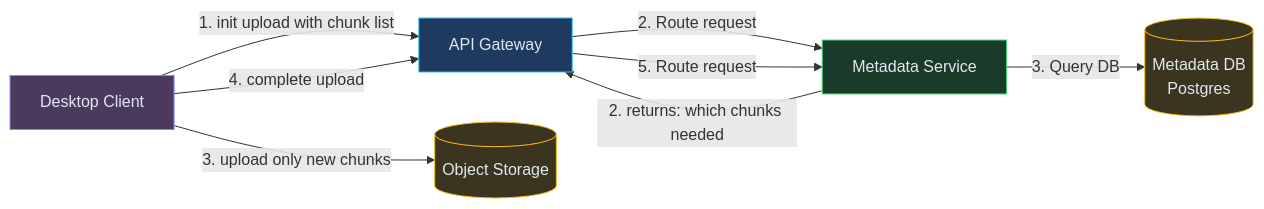
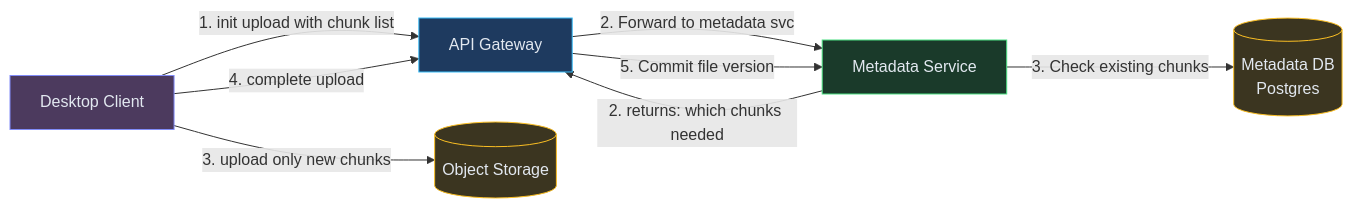
The second of 7 diagrams in content/hld/Dropbox.md (iluzn/HLD-Designs), drawn with Mermaid before and after one commit. The commit also changed other lines of this file and 27 other files, not shown here.

````diff
--- a/content/hld/Dropbox.md
+++ b/content/hld/Dropbox.md
@@ -165,21 +165,21 @@
 ```mermaid
 flowchart LR
     CLIENT["Desktop Client"]:::client
     API["API Gateway"]:::edge
     META["Metadata Service"]:::service
     OBJSTORE[("Object Storage")]:::data
     METADB[("Metadata DB<br/>Postgres")]:::data
 
     CLIENT -->|"1. init upload with chunk list"| API
-    API -->|"2. Route request"| META
-    META -->|"3. Query DB"| METADB
+    API -->|"2. Forward to metadata svc"| META
+    META -->|"3. Check existing chunks"| METADB
     META -->|"2. returns: which chunks needed"| API
     CLIENT -->|"3. upload only new chunks"| OBJSTORE
     CLIENT -->|"4. complete upload"| API
-    API -->|"5. Route request"| META
+    API -->|"5. Commit file version"| META
 
     classDef client fill:#4c3a5e,stroke:#818cf8,color:#e2e8f0
     classDef edge fill:#1e3a5f,stroke:#38bdf8,color:#e2e8f0
     classDef service fill:#1a3a2a,stroke:#4ade80,color:#e2e8f0
     classDef data fill:#3b3520,stroke:#fbbf24,color:#e2e8f0
 ```
````
